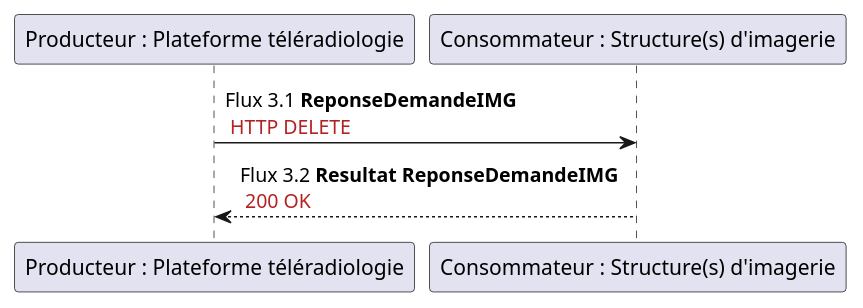
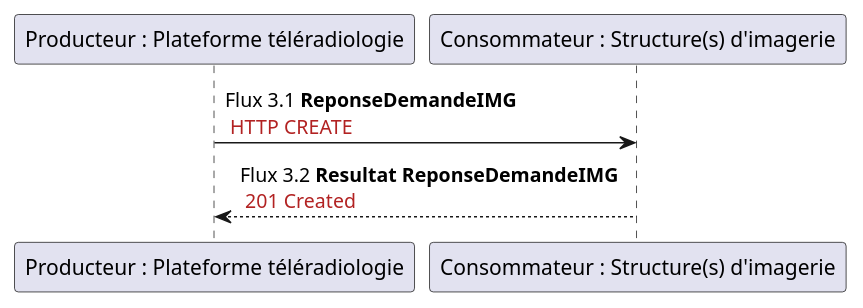
Before and after one commit to ansforge/interop-ig-hl7v2-teleradiologie: the diagram in input/images-source/flux3.plantuml, drawn with PlantUML. The commit also changed 1 other file, not shown here.

```diff
--- a/input/images-source/flux3.plantuml
+++ b/input/images-source/flux3.plantuml
@@ -1,5 +1,5 @@
 @startuml
 
-"Producteur : Plateforme téléradiologie" -> "Consommateur : Structure(s) d'imagerie" : Flux 3.1 **ReponseDemandeIMG** \n <color #FireBrick>HTTP DELETE</color>
-"Producteur : Plateforme téléradiologie" <-- "Consommateur : Structure(s) d'imagerie" : Flux 3.2 **Resultat ReponseDemandeIMG**\n <color #FireBrick>200 OK</color>
+"Producteur : Plateforme téléradiologie" -> "Consommateur : Structure(s) d'imagerie" : Flux 3.1 **ReponseDemandeIMG** \n <color #FireBrick>HTTP CREATE</color>
+"Producteur : Plateforme téléradiologie" <-- "Consommateur : Structure(s) d'imagerie" : Flux 3.2 **Resultat ReponseDemandeIMG**\n <color #FireBrick>201 Created</color>
 @enduml
```
